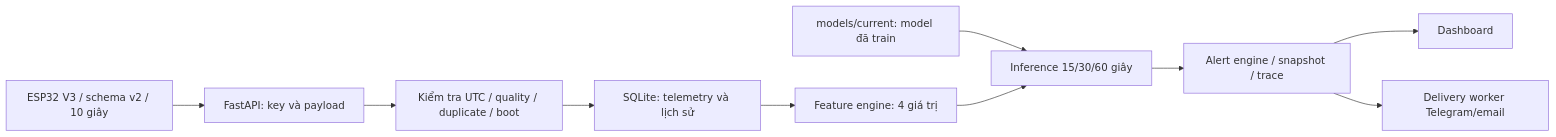
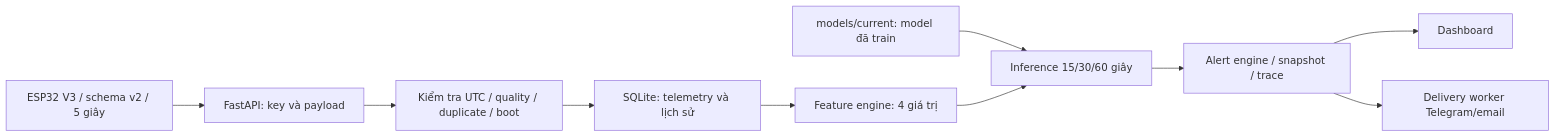
One commit to hanngocdinh/NCKH-KT changed the diagram in docs/ARCHITECTURE.md. Above: the diagram before and after it, drawn with Mermaid. The commit also changed other lines of this file and 24 other files, not shown here.

````diff
--- a/docs/ARCHITECTURE.md
+++ b/docs/ARCHITECTURE.md
@@ -3,12 +3,12 @@
 ```mermaid
 flowchart LR
-    A[ESP32 V3 / schema v2 / 10 giây] --> B[FastAPI: key và payload]
+    A[ESP32 V3 / schema v2 / 5 giây] --> B[FastAPI: key và payload]
     B --> C[Kiểm tra UTC / quality / duplicate / boot]
     C --> D[SQLite: telemetry và lịch sử]
     D --> E[Feature engine: 4 giá trị]
     F[models/current: model đã train] --> G[Inference 15/30/60 giây]
     E --> G
     G --> H[Alert engine / snapshot / trace]
     H --> I[Dashboard]
     H --> J[Delivery worker Telegram/email]
 ```
````
